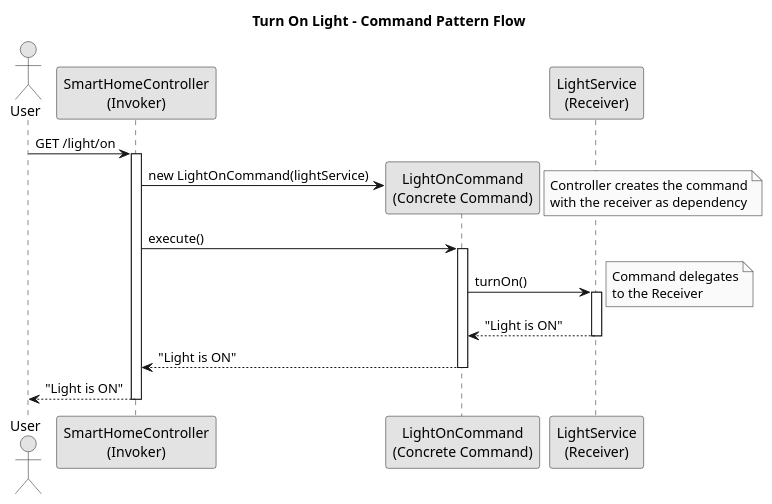
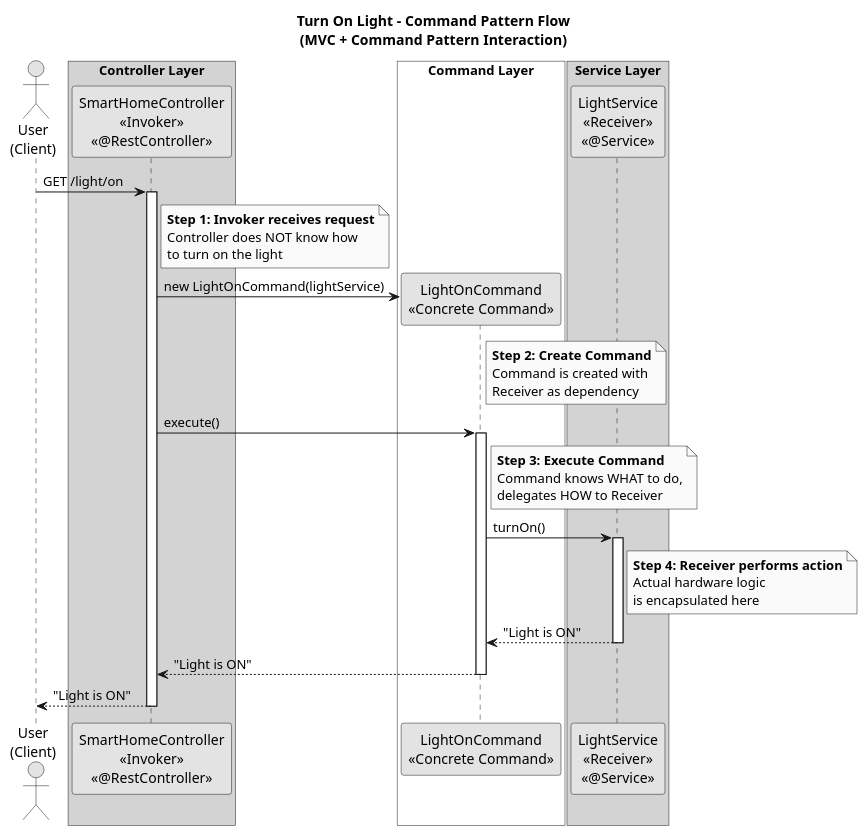
The second of 2 diagrams in docs/COMMAND_PATTERN.md (Mostafa-abozead/commandpattern-MVC-), drawn with PlantUML before and after one commit. The commit also changed other lines of this file, not shown here.

Commit message:
Update PlantUML diagrams with MVC layer packages and pattern stereotypes

````diff
--- a/docs/COMMAND_PATTERN.md
+++ b/docs/COMMAND_PATTERN.md
@@ -99,36 +111,70 @@
 ```plantuml
 @startuml
 skinparam shadowing false
 skinparam monochrome true
 
-actor User as user
-participant "SmartHomeController\n(Invoker)" as controller
-participant "LightOnCommand\n(Concrete Command)" as command
-participant "LightService\n(Receiver)" as service
+title Turn On Light - Command Pattern Flow\n(MVC + Command Pattern Interaction)
 
-title Turn On Light - Command Pattern Flow
+' ========================================
+' Participants with Stereotypes
+' ========================================
+actor "User\n(Client)" as user
+box "Controller Layer" #LightGray
+    participant "SmartHomeController\n<<Invoker>>\n<<@RestController>>" as controller
+end box
+box "Command Layer" #White
+    participant "LightOnCommand\n<<Concrete Command>>" as command
+end box
+box "Service Layer" #LightGray
+    participant "LightService\n<<Receiver>>\n<<@Service>>" as service
+end box
 
+' ========================================
+' Sequence Flow
+' ========================================
 user -> controller : GET /light/on
 activate controller
 
+note right of controller
+  **Step 1: Invoker receives request**
+  Controller does NOT know how
+  to turn on the light
+end note
+
 controller -> command ** : new LightOnCommand(lightService)
-note right: Controller creates the command\nwith the receiver as dependency
+
+note right of command
+  **Step 2: Create Command**
+  Command is created with
+  Receiver as dependency
+end note
 
 controller -> command : execute()
 activate command
 
+note right of command
+  **Step 3: Execute Command**
+  Command knows WHAT to do,
+  delegates HOW to Receiver
+end note
+
 command -> service : turnOn()
 activate service
-note right: Command delegates\nto the Receiver
+
+note right of service
+  **Step 4: Receiver performs action**
+  Actual hardware logic
+  is encapsulated here
+end note
 
 service --> command : "Light is ON"
 deactivate service
 
 command --> controller : "Light is ON"
 deactivate command
 
 controller --> user : "Light is ON"
 deactivate controller
 
 @enduml
 ```
````
